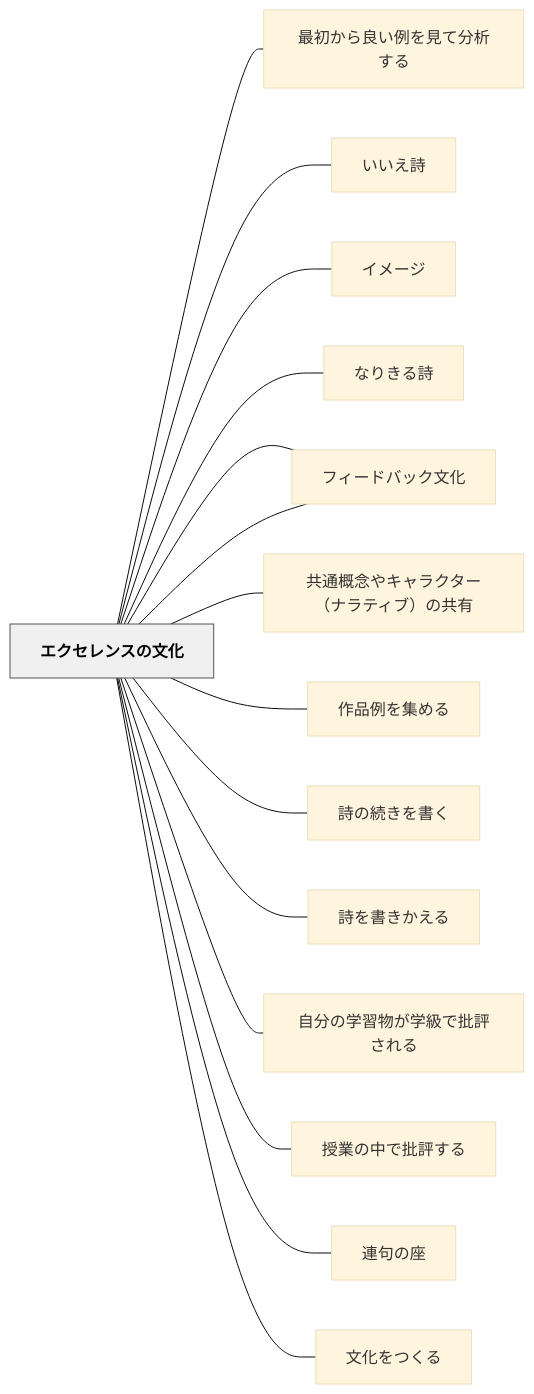
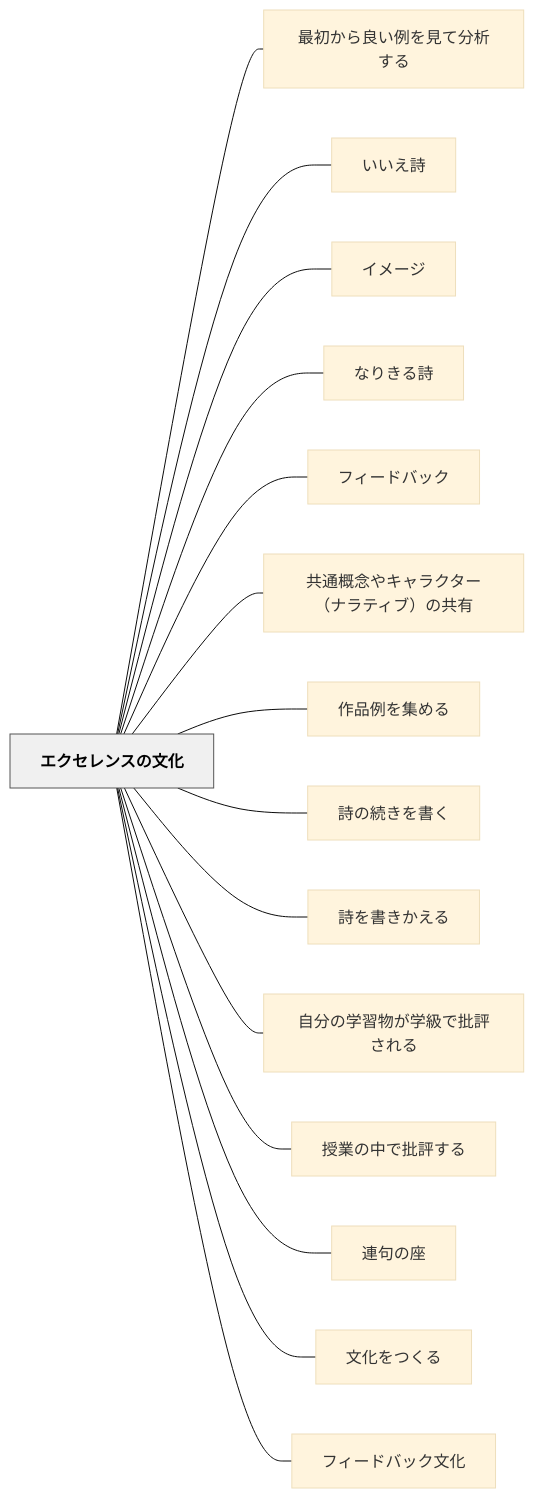
Before and after one commit to unknownthings-ed-patterns/unknownthings-ed-patterns: the diagram in content/パタン/エクセレンスの文化.md, drawn with Mermaid (base theme). The commit also changed 527 other files, not shown here.

````diff
--- a/content/パタン/エクセレンスの文化.md
+++ b/content/パタン/エクセレンスの文化.md
@@ -66,36 +66,36 @@
 ```mermaid
 flowchart LR
-    ne382a8e382af["エクセレンスの文化"]
-    ne69c80e5889d["最初から良い例を見て分析する"]
-    ne38184e38184["いいえ詩"]
-    ne382a4e383a1["イメージ"]
-    ne381aae3828a["なりきる詩"]
-    ne38395e382a3["フィードバック"]
-    ne585b1e9809a["共通概念やキャラクター（ナラティブ）の共有"]
-    ne4bd9ce59381["作品例を集める"]
-    ne8a9a9e381ae["詩の続きを書く"]
-    ne8a9a9e38292["詩を書きかえる"]
-    ne887aae58886["自分の学習物が学級で批評される"]
-    ne68e88e6a5ad["授業の中で批評する"]
-    ne980a3e58fa5["連句の座"]
-    ne69687e58c96["文化をつくる"]
-    ne38395e382a3["フィードバック文化"]
+    ne382a8e382afe382bbe383ace383b3e382b9e381aee69687e58c96["エクセレンスの文化"]
+    ne69c80e5889de3818be38289e889afe38184e4be8be38292e8a68be381a6e58886e69e90e38199e3828b["最初から良い例を見て分析する"]
+    ne38184e38184e38188e8a9a9["いいえ詩"]
+    ne382a4e383a1e383bce382b8["イメージ"]
+    ne381aae3828ae3818de3828be8a9a9["なりきる詩"]
+    ne38395e382a3e383bce38389e38390e38383e382af["フィードバック"]
+    ne585b1e9809ae6a682e5bfb5e38284e382ade383a3e383a9e382afe382bfe383bcefbc88e3838ae383a9e38386e382a3e38396efbc89e381aee585b1e69c89["共通概念やキャラクター（ナラティブ）の共有"]
+    ne4bd9ce59381e4be8be38292e99b86e38281e3828b["作品例を集める"]
+    ne8a9a9e381aee7b69ae3818de38292e69bb8e3818f["詩の続きを書く"]
+    ne8a9a9e38292e69bb8e3818de3818be38188e3828b["詩を書きかえる"]
+    ne887aae58886e381aee5ada6e7bf92e789a9e3818ce5ada6e7b49ae381a7e689b9e8a995e38195e3828ce3828b["自分の学習物が学級で批評される"]
+    ne68e88e6a5ade381aee4b8ade381a7e689b9e8a995e38199e3828b["授業の中で批評する"]
+    ne980a3e58fa5e381aee5baa7["連句の座"]
+    ne69687e58c96e38292e381a4e3818fe3828b["文化をつくる"]
+    ne38395e382a3e383bce38389e38390e38383e382afe69687e58c96["フィードバック文化"]
 
-    ne382a8e382af --- ne69c80e5889d
-    ne382a8e382af --- ne38184e38184
-    ne382a8e382af --- ne382a4e383a1
-    ne382a8e382af --- ne381aae3828a
-    ne382a8e382af --- ne38395e382a3
-    ne382a8e382af --- ne585b1e9809a
-    ne382a8e382af --- ne4bd9ce59381
-    ne382a8e382af --- ne8a9a9e381ae
-    ne382a8e382af --- ne8a9a9e38292
-    ne382a8e382af --- ne887aae58886
-    ne382a8e382af --- ne68e88e6a5ad
-    ne382a8e382af --- ne980a3e58fa5
-    ne382a8e382af --- ne69687e58c96
-    ne382a8e382af --- ne38395e382a3
+    ne382a8e382afe382bbe383ace383b3e382b9e381aee69687e58c96 --- ne69c80e5889de3818be38289e889afe38184e4be8be38292e8a68be381a6e58886e69e90e38199e3828b
+    ne382a8e382afe382bbe383ace383b3e382b9e381aee69687e58c96 --- ne38184e38184e38188e8a9a9
+    ne382a8e382afe382bbe383ace383b3e382b9e381aee69687e58c96 --- ne382a4e383a1e383bce382b8
+    ne382a8e382afe382bbe383ace383b3e382b9e381aee69687e58c96 --- ne381aae3828ae3818de3828be8a9a9
+    ne382a8e382afe382bbe383ace383b3e382b9e381aee69687e58c96 --- ne38395e382a3e383bce38389e38390e38383e382af
+    ne382a8e382afe382bbe383ace383b3e382b9e381aee69687e58c96 --- ne585b1e9809ae6a682e5bfb5e38284e382ade383a3e383a9e382afe382bfe383bcefbc88e3838ae383a9e38386e382a3e38396efbc89e381aee585b1e69c89
+    ne382a8e382afe382bbe383ace383b3e382b9e381aee69687e58c96 --- ne4bd9ce59381e4be8be38292e99b86e38281e3828b
+    ne382a8e382afe382bbe383ace383b3e382b9e381aee69687e58c96 --- ne8a9a9e381aee7b69ae3818de38292e69bb8e3818f
+    ne382a8e382afe382bbe383ace383b3e382b9e381aee69687e58c96 --- ne8a9a9e38292e69bb8e3818de3818be38188e3828b
+    ne382a8e382afe382bbe383ace383b3e382b9e381aee69687e58c96 --- ne887aae58886e381aee5ada6e7bf92e789a9e3818ce5ada6e7b49ae381a7e689b9e8a995e38195e3828ce3828b
+    ne382a8e382afe382bbe383ace383b3e382b9e381aee69687e58c96 --- ne68e88e6a5ade381aee4b8ade381a7e689b9e8a995e38199e3828b
+    ne382a8e382afe382bbe383ace383b3e382b9e381aee69687e58c96 --- ne980a3e58fa5e381aee5baa7
+    ne382a8e382afe382bbe383ace383b3e382b9e381aee69687e58c96 --- ne69687e58c96e38292e381a4e3818fe3828b
+    ne382a8e382afe382bbe383ace383b3e382b9e381aee69687e58c96 --- ne38395e382a3e383bce38389e38390e38383e382afe69687e58c96
 
     classDef hub fill:#f0f0f0,stroke:#555,color:#000,font-weight:bold
-    class ne382a8e382af hub
+    class ne382a8e382afe382bbe383ace383b3e382b9e381aee69687e58c96 hub
 ```
````
